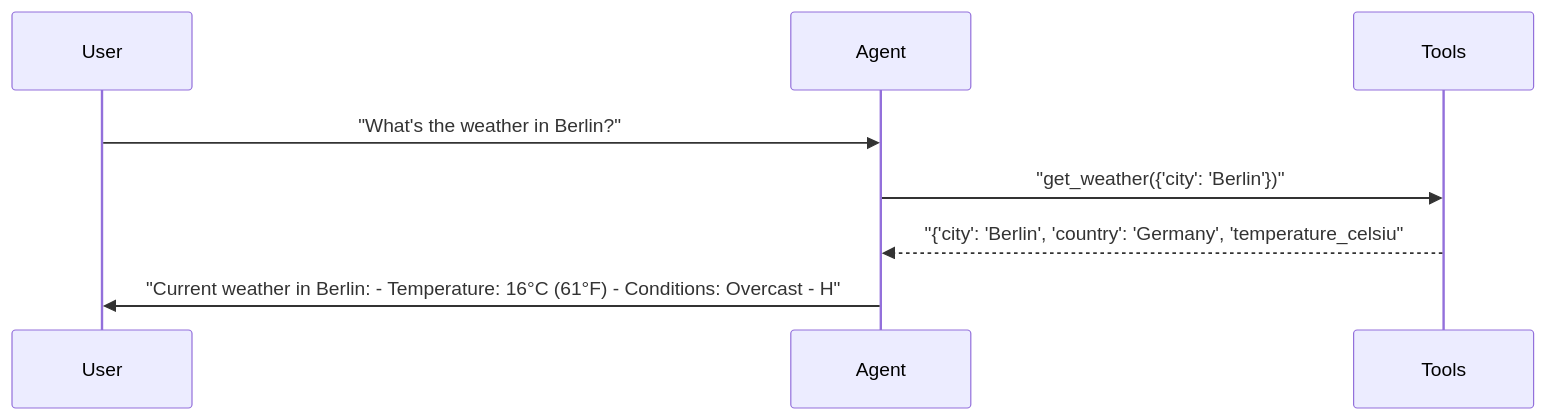
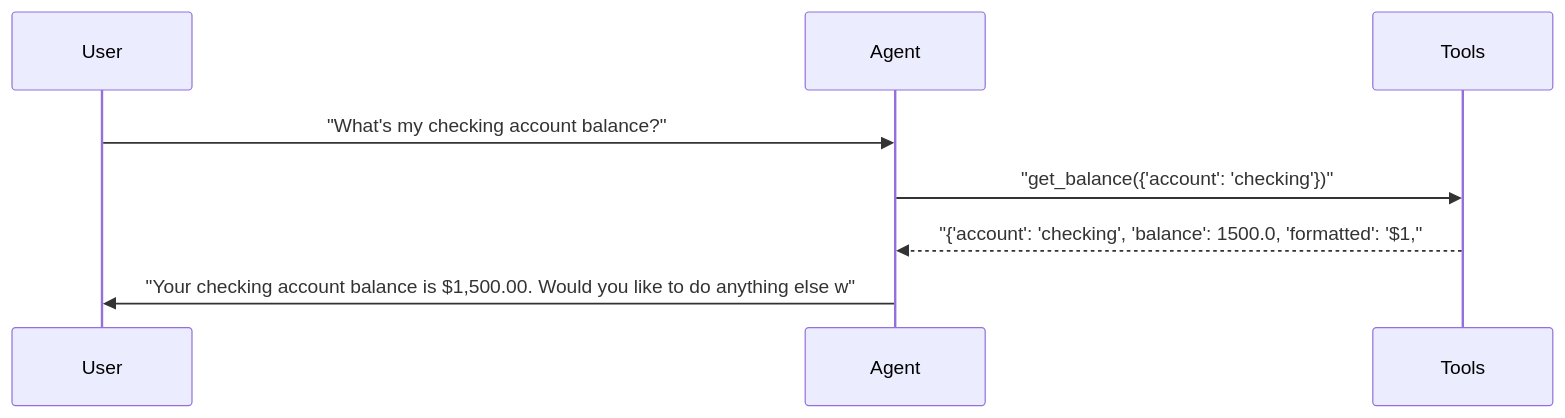
Before and after one commit to sbroenne/pytest-aitest: the first of 6 diagrams in docs/reports/04_agent_selector.md, drawn with Mermaid. The commit also changed other lines of this file and 132 other files, not shown here.

````diff
--- a/docs/reports/04_agent_selector.md
+++ b/docs/reports/04_agent_selector.md
@@ -161,11 +115,11 @@
 ```mermaid
 sequenceDiagram
     participant User
     participant Agent
     participant Tools
 
-    User->>Agent: "What's the weather in Berlin?"
-    Agent->>Tools: "get_weather({'city': 'Berlin'})"
-    Tools-->>Agent: "{'city': 'Berlin', 'country': 'Germany', 'temperature_celsiu"
-    Agent->>User: "Current weather in Berlin: - Temperature: 16°C (61°F) - Conditions: Overcast - H"
+    User->>Agent: "What's my checking account balance?"
+    Agent->>Tools: "get_balance({'account': 'checking'})"
+    Tools-->>Agent: "{'account': 'checking', 'balance': 1500.0, 'formatted': '$1,"
+    Agent->>User: "Your checking account balance is $1,500.00. Would you like to do anything else w"
 ```
````
